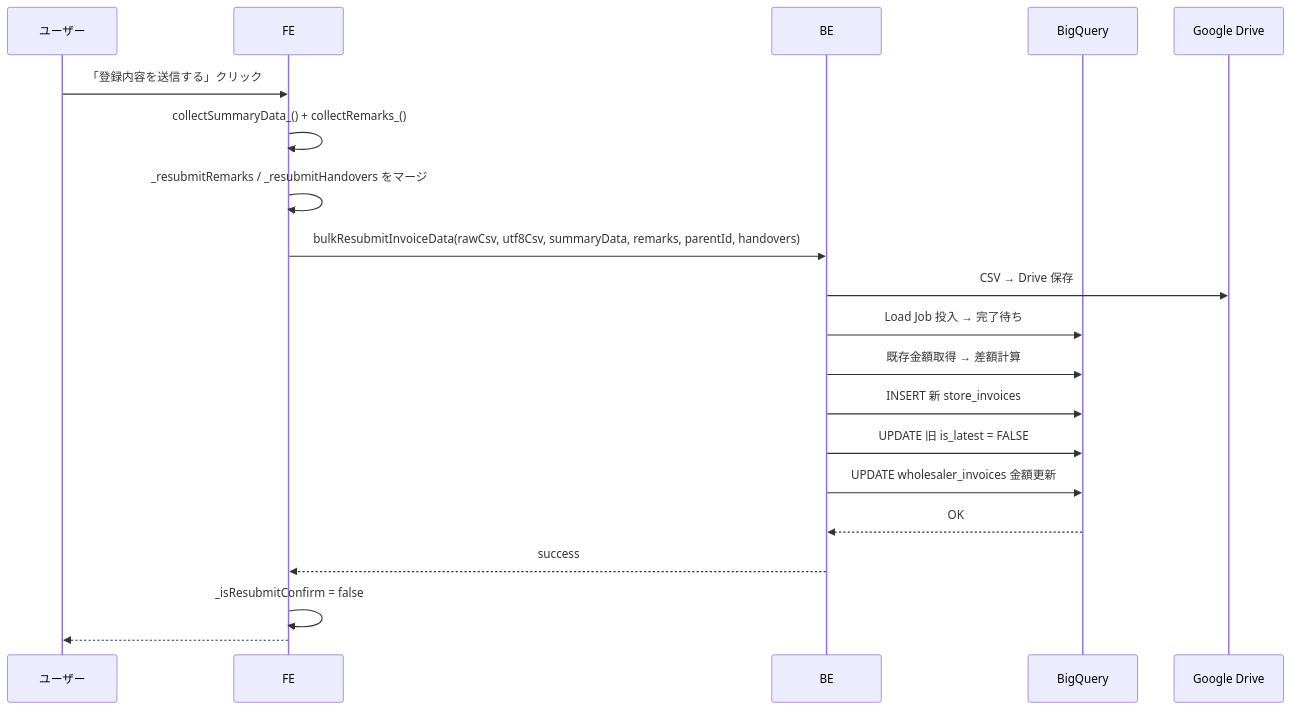
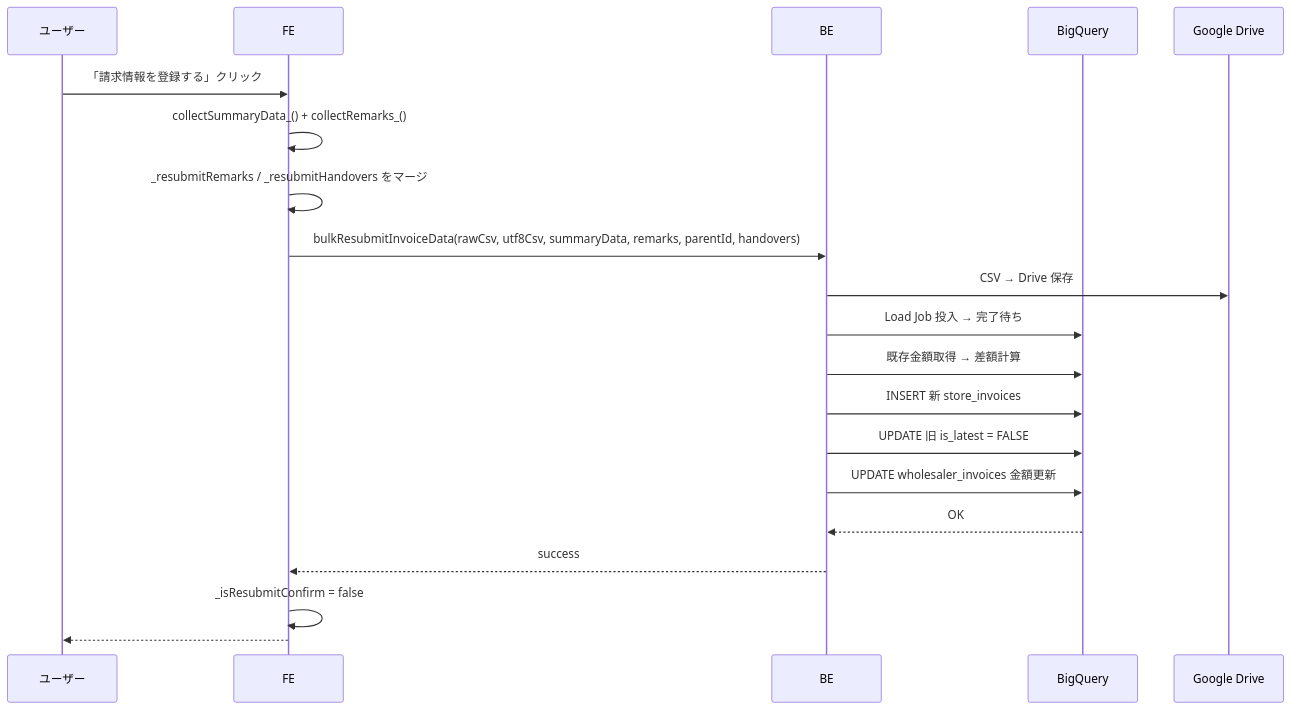
Before and after one commit to USEN-PAY-Products/connect-wholesale-gas-poc: the sixth of 6 diagrams in docs/specifications/03_confirm_page.md, drawn with Mermaid. The commit also changed other lines of this file and 11 other files, not shown here.

````diff
--- a/docs/specifications/03_confirm_page.md
+++ b/docs/specifications/03_confirm_page.md
@@ -246,26 +260,26 @@
 ```mermaid
 sequenceDiagram
     participant U as ユーザー
     participant FE as FE
     participant BE as BE
     participant BQ as BigQuery
     participant GD as Google Drive
 
-    U->>FE: 「登録内容を送信する」クリック
+    U->>FE: 「請求情報を登録する」クリック
     FE->>FE: collectSummaryData_() + collectRemarks_()
     FE->>FE: _resubmitRemarks / _resubmitHandovers をマージ
 
     FE->>BE: bulkResubmitInvoiceData(rawCsv, utf8Csv, summaryData, remarks, parentId, handovers)
 
     BE->>GD: CSV → Drive 保存
     BE->>BQ: Load Job 投入 → 完了待ち
     BE->>BQ: 既存金額取得 → 差額計算
     BE->>BQ: INSERT 新 store_invoices
     BE->>BQ: UPDATE 旧 is_latest = FALSE
     BE->>BQ: UPDATE wholesaler_invoices 金額更新
     BQ-->>BE: OK
     BE-->>FE: success
 
     FE->>FE: _isResubmitConfirm = false
     FE-->>U: #detail?invoiceId=xxx へ遷移 + 成功トースト
 ```
````
